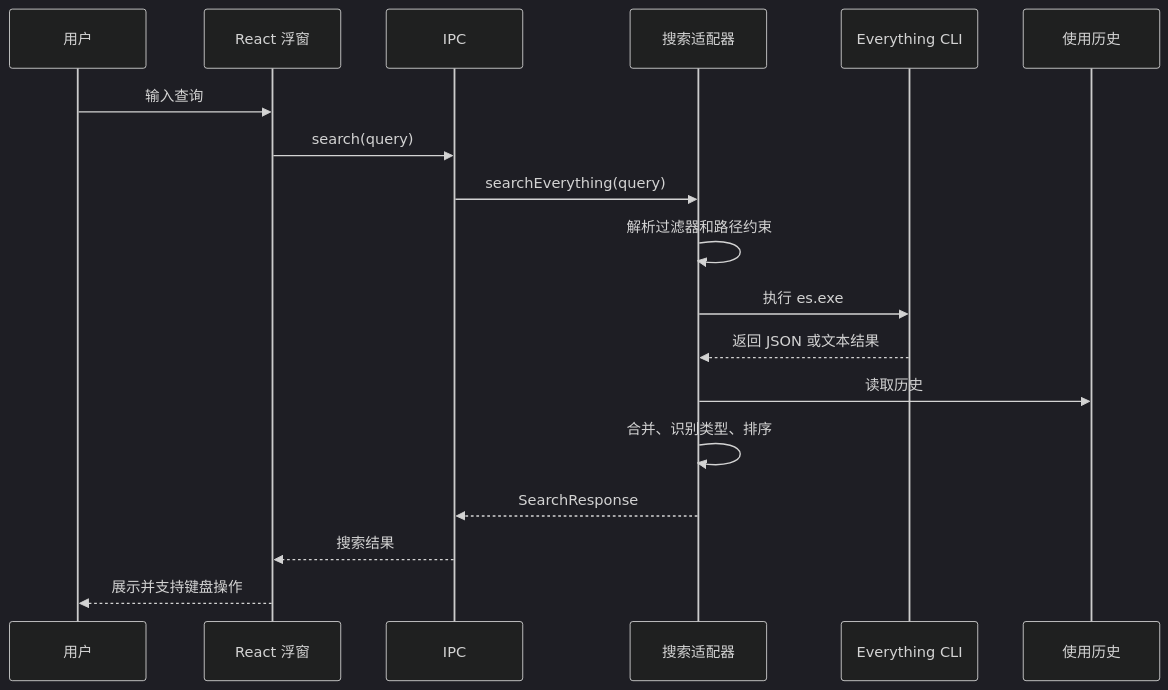
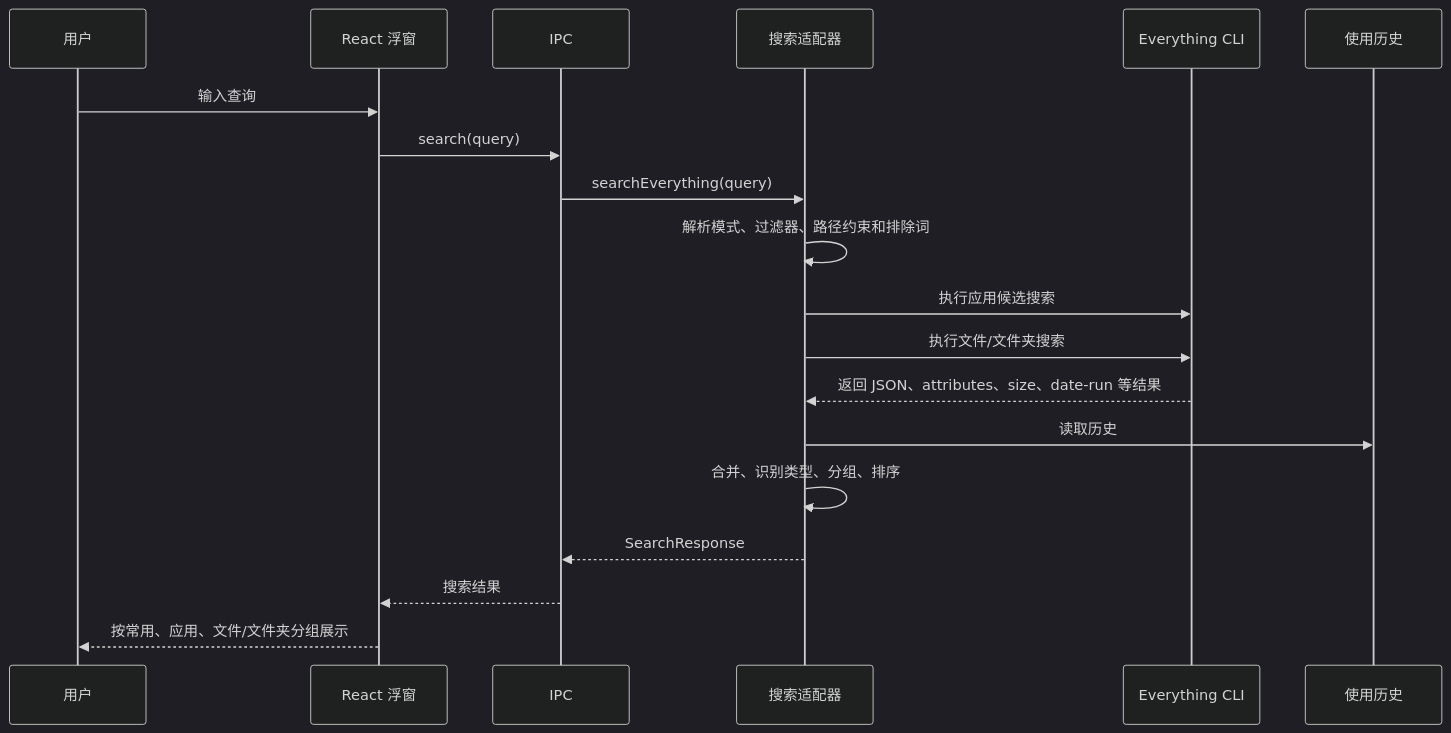
Before and after one commit to bfs1201/everything-desktop-search: the third of 3 diagrams in README.md, drawn with Mermaid (dark theme). The commit also changed other lines of this file and 12 other files, not shown here.

````diff
--- a/README.md
+++ b/README.md
@@ -128,21 +141,22 @@
 ```mermaid
 sequenceDiagram
   participant U as 用户
   participant R as React 浮窗
   participant I as IPC
   participant S as 搜索适配器
   participant E as Everything CLI
   participant H as 使用历史
 
   U->>R: 输入查询
   R->>I: search(query)
   I->>S: searchEverything(query)
-  S->>S: 解析过滤器和路径约束
-  S->>E: 执行 es.exe
-  E-->>S: 返回 JSON 或文本结果
+  S->>S: 解析模式、过滤器、路径约束和排除词
+  S->>E: 执行应用候选搜索
+  S->>E: 执行文件/文件夹搜索
+  E-->>S: 返回 JSON、attributes、size、date-run 等结果
   S->>H: 读取历史
-  S->>S: 合并、识别类型、排序
+  S->>S: 合并、识别类型、分组、排序
   S-->>I: SearchResponse
   I-->>R: 搜索结果
-  R-->>U: 展示并支持键盘操作
+  R-->>U: 按常用、应用、文件/文件夹分组展示
 ```
````
